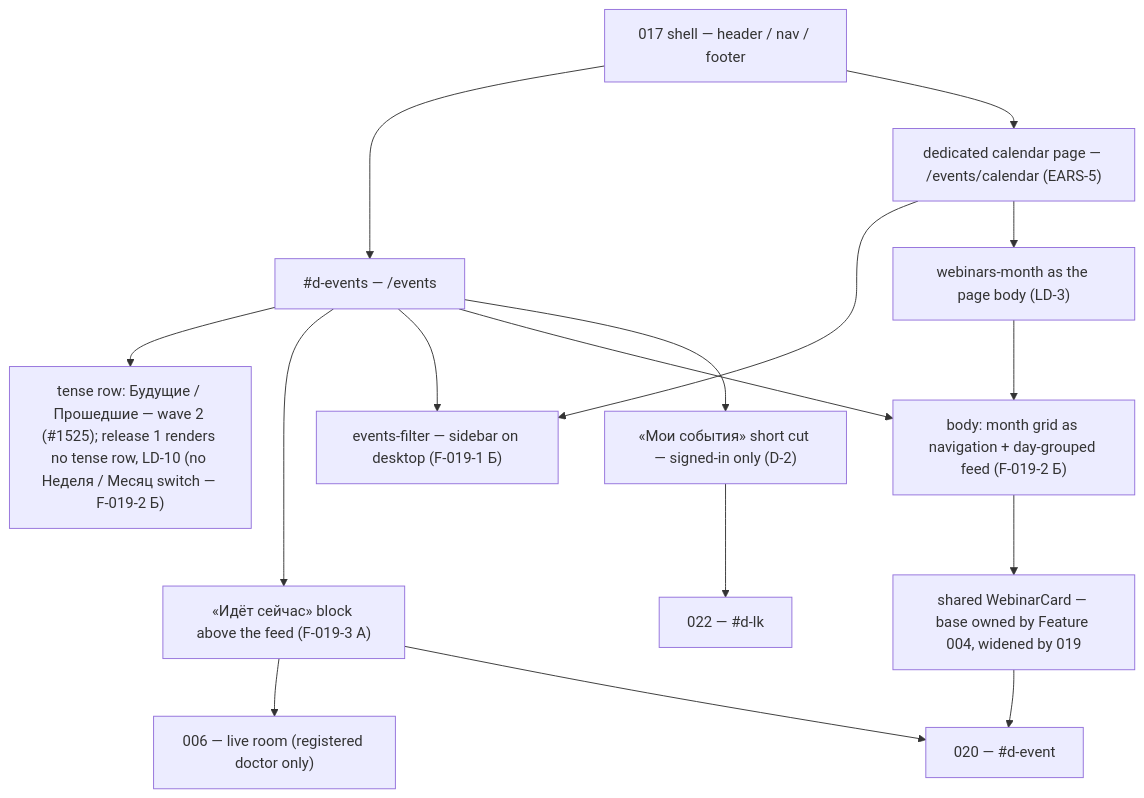
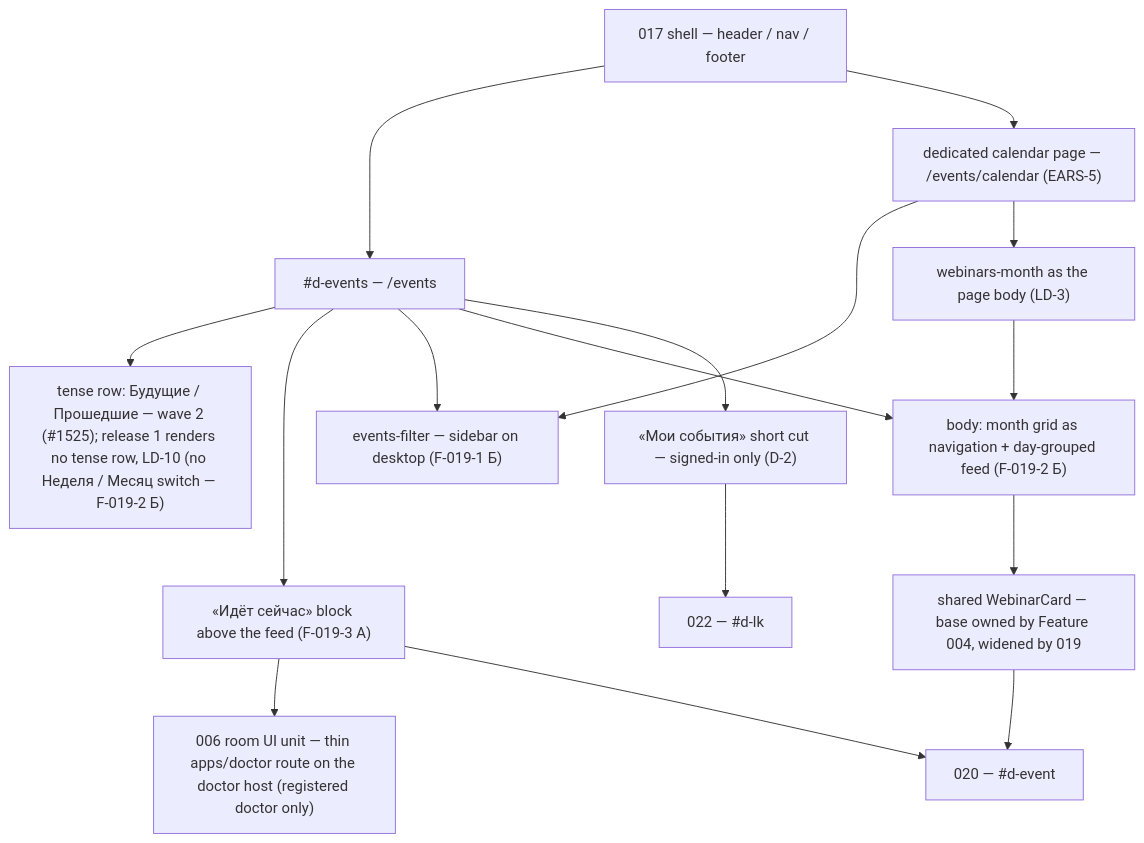
One commit to doctor-school/ds-platform changed the first of 6 diagrams in apps/docs/content/specs/features/019-doctor-events-feed/019-design.md. Above: the diagram before and after it, drawn with Mermaid. The commit also changed other lines of this file and 6 other files, not shown here.

First line of the commit message:
docs(1695): refresh the 019 ownership matrix and re-point the room entry at the doctor host (#1731)

````diff
--- a/apps/docs/content/specs/features/019-doctor-events-feed/019-design.md
+++ b/apps/docs/content/specs/features/019-doctor-events-feed/019-design.md
@@ -17,18 +17,18 @@
 ```mermaid
 graph TD
   Shell["017 shell — header / nav / footer"] --> Events["#d-events — /events"]
   Shell --> Cal["dedicated calendar page — /events/calendar (EARS-5)"]
   Events --> Row["tense row: Будущие / Прошедшие — wave 2 (#1525); release 1 renders no tense row, LD-10 (no Неделя / Месяц switch — F-019-2 Б)"]
   Events --> Live["«Идёт сейчас» block above the feed (F-019-3 А)"]
   Events --> Panel["events-filter — sidebar on desktop (F-019-1 Б)"]
   Events --> Body["body: month grid as navigation + day-grouped feed (F-019-2 Б)"]
   Events --> Mine["«Мои события» short cut — signed-in only (D-2)"]
   Cal --> Panel
   Cal --> Month["webinars-month as the page body (LD-3)"]
   Body --> Card["shared WebinarCard — base owned by Feature 004, widened by 019"]
   Month --> Body
   Card --> Event["020 — #d-event"]
-  Live --> Room["006 — live room (registered doctor only)"]
+  Live --> Room["006 room UI unit — thin apps/doctor route on the doctor host (registered doctor only)"]
   Live --> Event
   Mine --> Cabinet["022 — #d-lk"]
 ```
````
